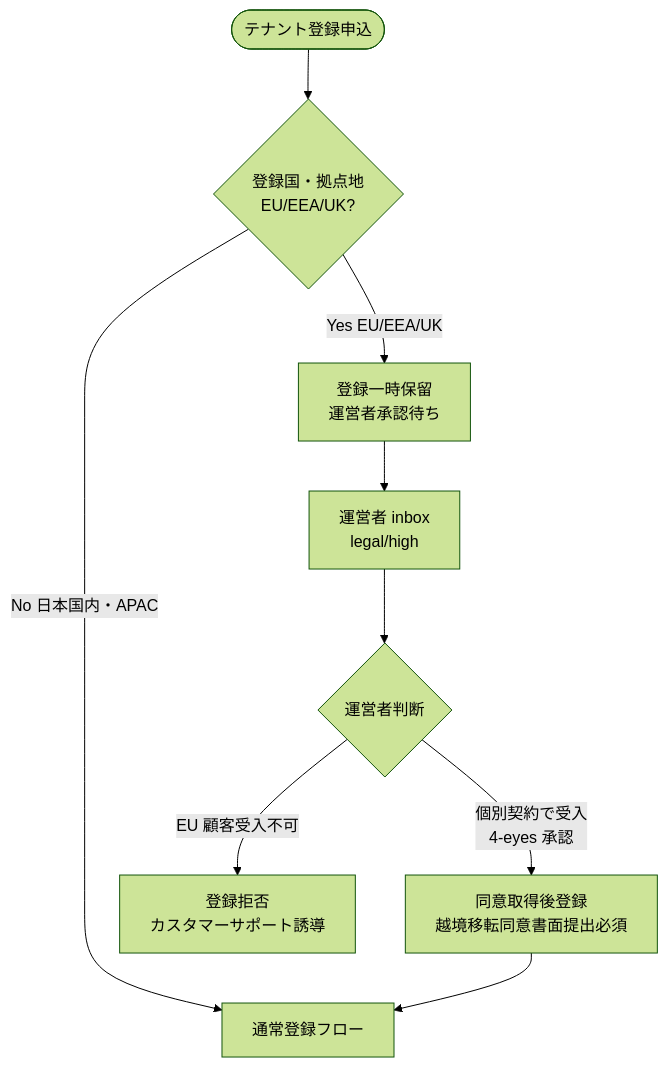
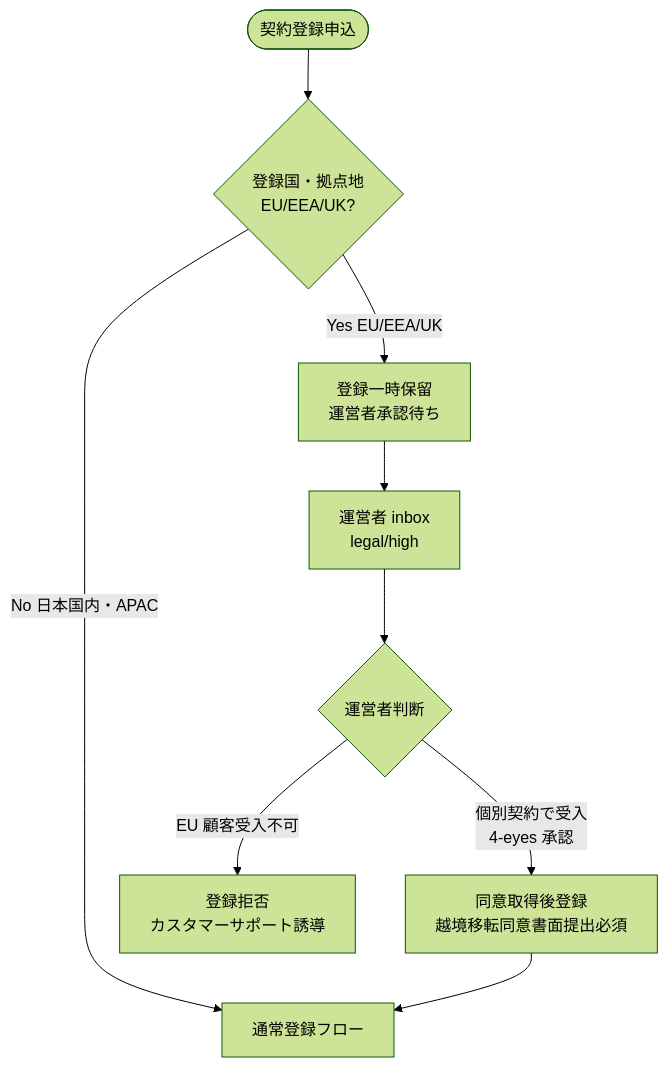
One commit to sikakou54/open-faq changed the first of 25 diagrams in 02_admin/02_basic_design.md. Above: the diagram before and after it, drawn with Mermaid (forest theme). The commit also changed other lines of this file and 22 other files, not shown here.

````diff
--- a/02_admin/02_basic_design.md
+++ b/02_admin/02_basic_design.md
@@ -150,11 +150,11 @@
 ```mermaid
 flowchart TD
-    Start([テナント登録申込]) --> RegionCheck{登録国・拠点地<br/>EU/EEA/UK?}
+    Start([契約登録申込]) --> RegionCheck{登録国・拠点地<br/>EU/EEA/UK?}
     RegionCheck -->|No 日本国内・APAC| Pass[通常登録フロー]
     RegionCheck -->|Yes EU/EEA/UK| Block[登録一時保留<br/>運営者承認待ち]
     Block --> NotifyOp[運営者 inbox<br/>legal/high]
     NotifyOp --> OperatorJudge{運営者判断}
     OperatorJudge -->|EU 顧客受入不可| Reject[登録拒否<br/>カスタマーサポート誘導]
     OperatorJudge -->|個別契約で受入<br/>4-eyes 承認| ApproveWithConsent[同意取得後登録<br/>越境移転同意書面提出必須]
     ApproveWithConsent --> Pass
 ```
````
